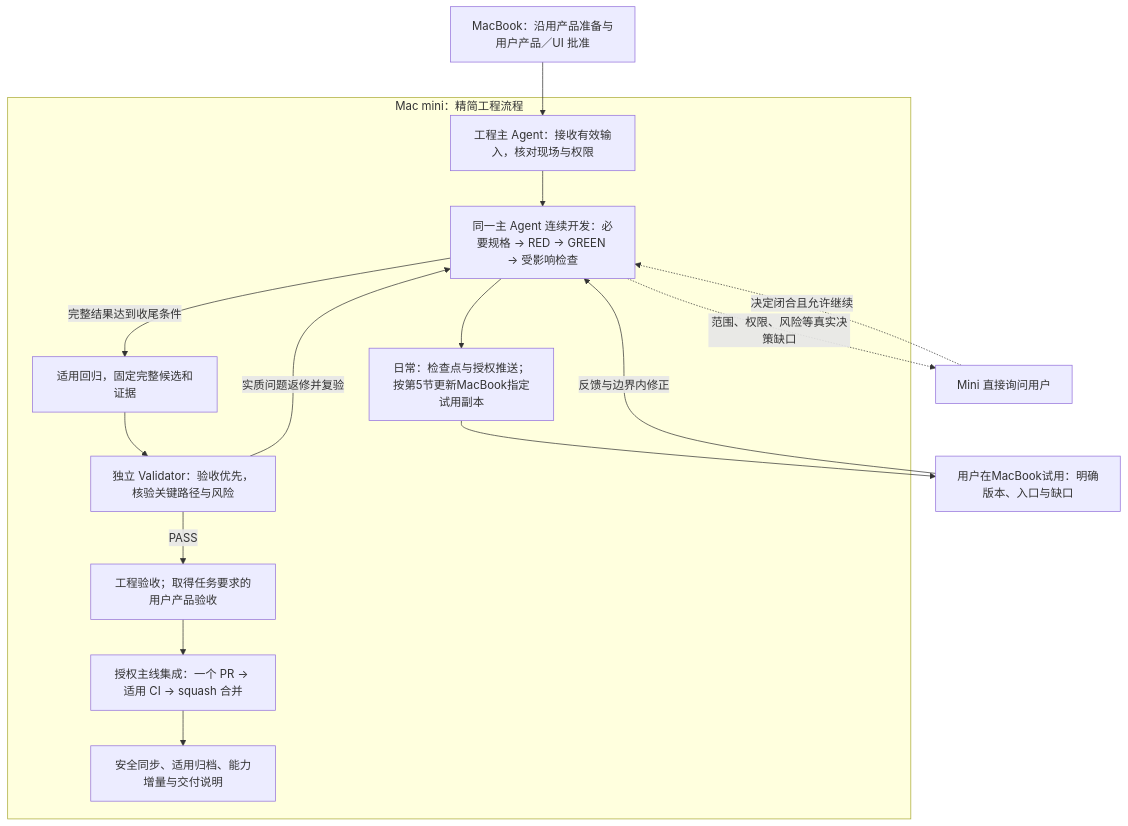
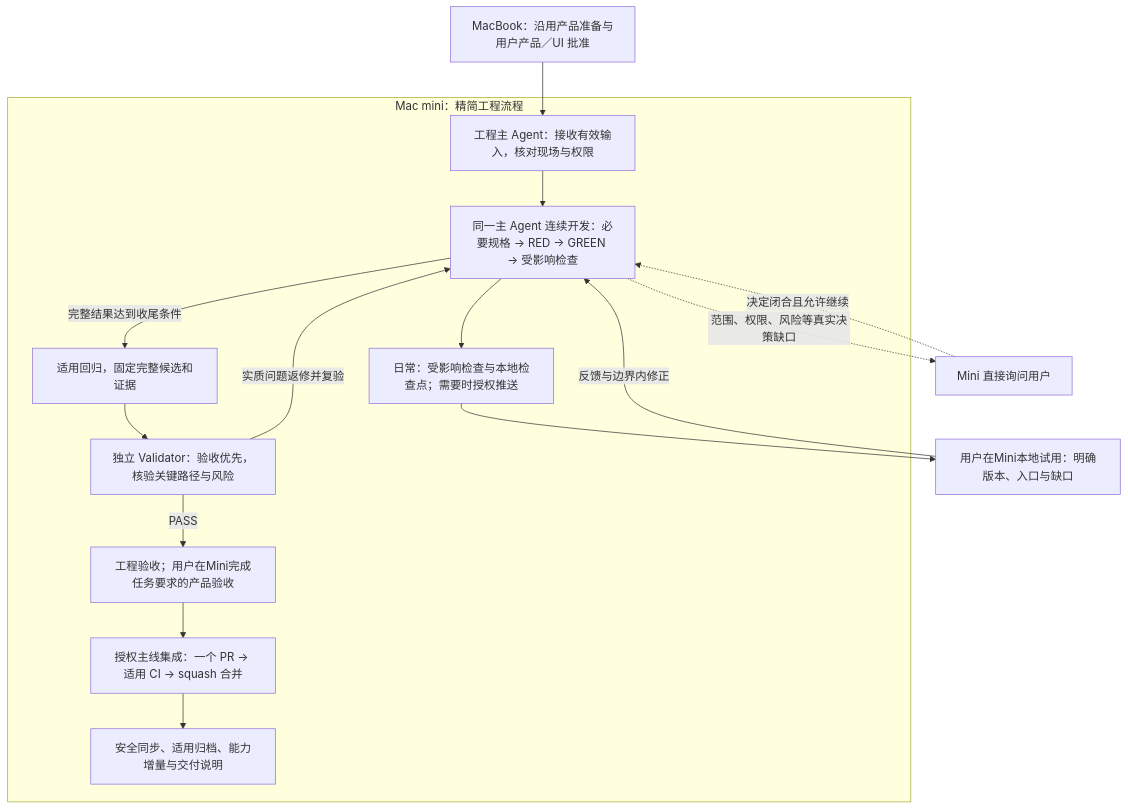
The diagram in docs/planning/2026-10-05/mac-mini-lean-engineering-final-rules.md (gadfly-hbo/JuanerAI), drawn with Mermaid before and after one commit. The commit also changed other lines of this file and 10 other files, not shown here.

````diff
--- a/docs/planning/2026-10-05/mac-mini-lean-engineering-final-rules.md
+++ b/docs/planning/2026-10-05/mac-mini-lean-engineering-final-rules.md
@@ -26,19 +28,19 @@
 ```mermaid
 flowchart TD
     P["MacBook：沿用产品准备与用户产品／UI 批准"] --> I
     subgraph MINI["Mac mini：精简工程流程"]
         I["工程主 Agent：接收有效输入，核对现场与权限"] --> E
         E["同一主 Agent 连续开发：必要规格 → RED → GREEN → 受影响检查"]
-        E --> D["日常：检查点与授权推送；按第5节更新MacBook指定试用副本"]
+        E --> D["日常：受影响检查与本地检查点；需要时授权推送"]
         E -->|完整结果达到收尾条件| F["适用回归，固定完整候选和证据"]
         F --> V["独立 Validator：验收优先，核验关键路径与风险"]
         V -->|实质问题返修并复验| E
-        V -->|PASS| A["工程验收；取得任务要求的用户产品验收"]
+        V -->|PASS| A["工程验收；用户在Mini完成任务要求的产品验收"]
         A --> G["授权主线集成：一个 PR → 适用 CI → squash 合并"]
         G --> H["安全同步、适用归档、能力增量与交付说明"]
     end
-    D --> T["用户在MacBook试用：明确版本、入口与缺口"]
+    D --> T["用户在Mini本地试用：明确版本、入口与缺口"]
     T -->|反馈与边界内修正| E
     E -.->|范围、权限、风险等真实决策缺口| U["Mini 直接询问用户"]
     U -.->|决定闭合且允许继续| E
 ```
````
